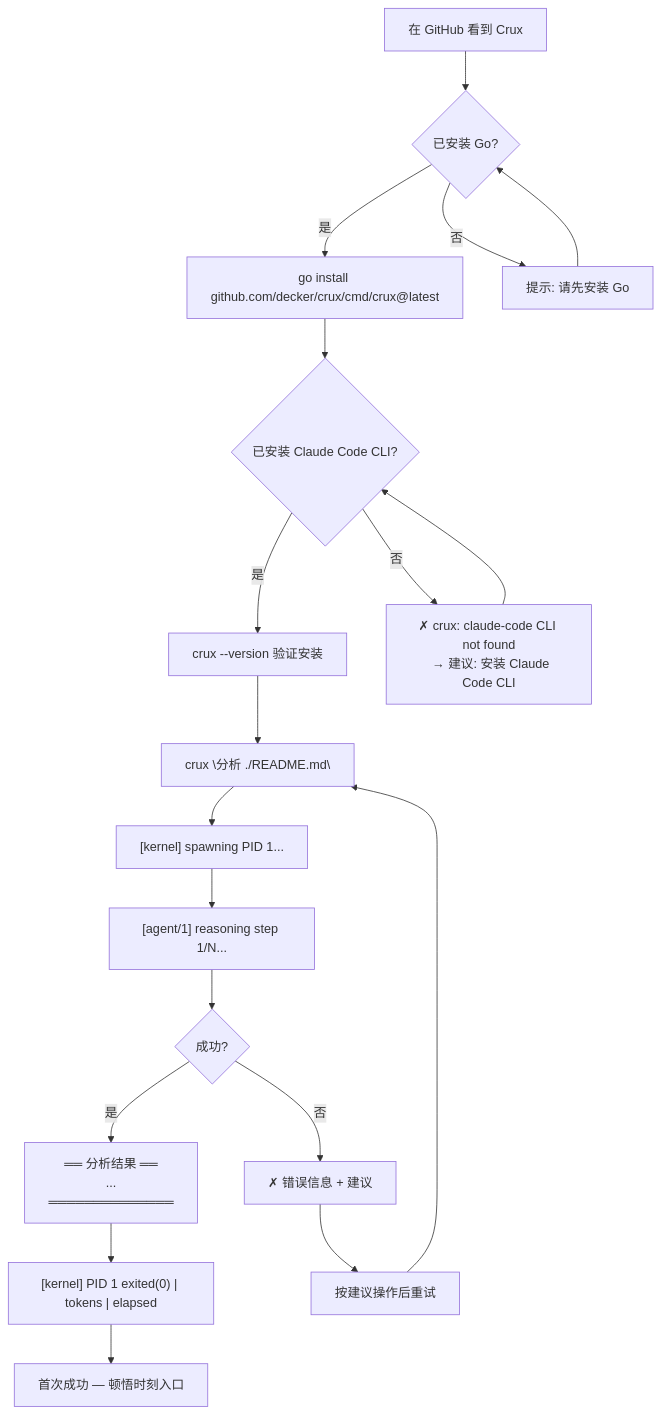
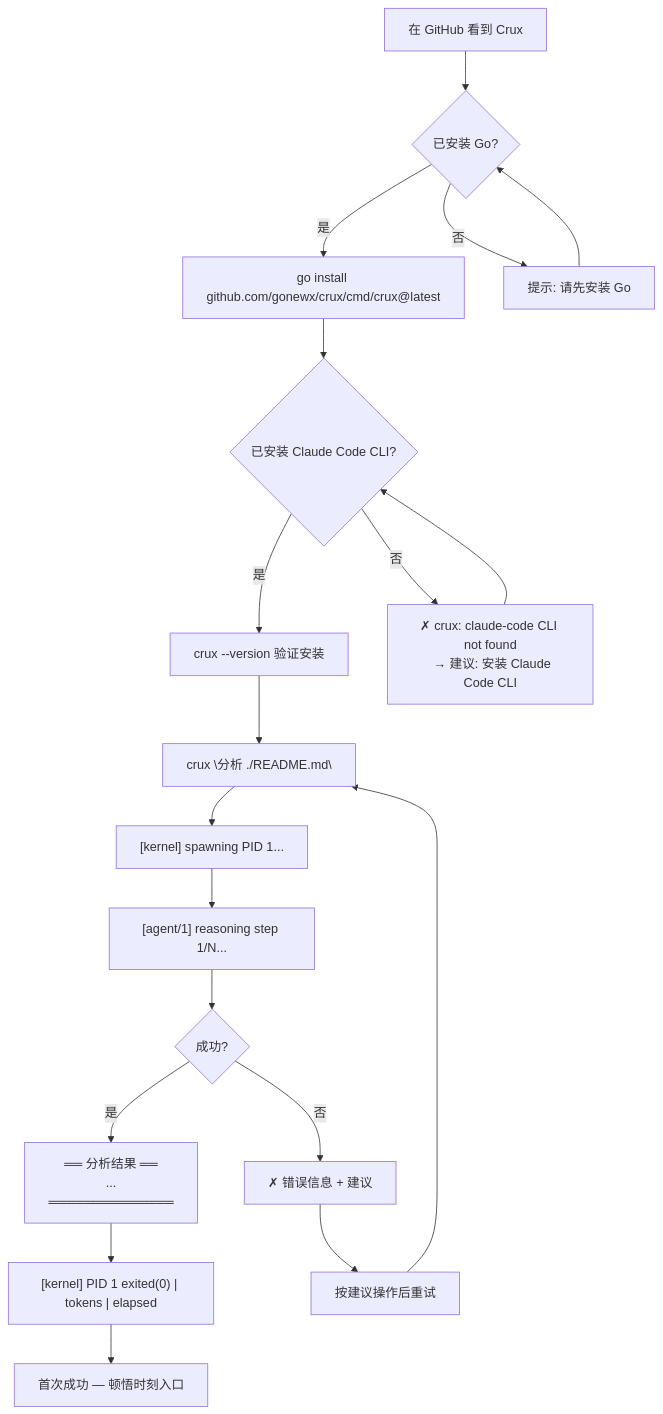
The first of 5 diagrams in _bmad-output/planning-artifacts/ux-design-specification.md (rnixai/rnix), drawn with Mermaid before and after one commit. The commit also changed 13 other files, not shown here.

````diff
--- a/_bmad-output/planning-artifacts/ux-design-specification.md
+++ b/_bmad-output/planning-artifacts/ux-design-specification.md
@@ -857,21 +857,21 @@
 ```mermaid
 flowchart TD
     A[在 GitHub 看到 Crux] --> B{已安装 Go?}
-    B -->|是| C["go install github.com/decker/crux/cmd/crux@latest"]
+    B -->|是| C["go install github.com/gonewx/crux/cmd/crux@latest"]
     B -->|否| B1[提示: 请先安装 Go]
     B1 --> B
     C --> D{已安装 Claude Code CLI?}
     D -->|是| E["crux --version 验证安装"]
     D -->|否| D1["✗ crux: claude-code CLI not found\n  → 建议: 安装 Claude Code CLI"]
     D1 --> D
     E --> F["crux \"分析 ./README.md\""]
     F --> G["[kernel] spawning PID 1..."]
     G --> H["[agent/1] reasoning step 1/N..."]
     H --> I{成功?}
     I -->|是| J["══ 分析结果 ══\n  ...\n══════════════"]
     I -->|否| K["✗ 错误信息 + 建议"]
     J --> L["[kernel] PID 1 exited(0) | tokens | elapsed"]
     K --> M[按建议操作后重试]
     M --> F
     L --> N[首次成功 — 顿悟时刻入口]
 ```
````
